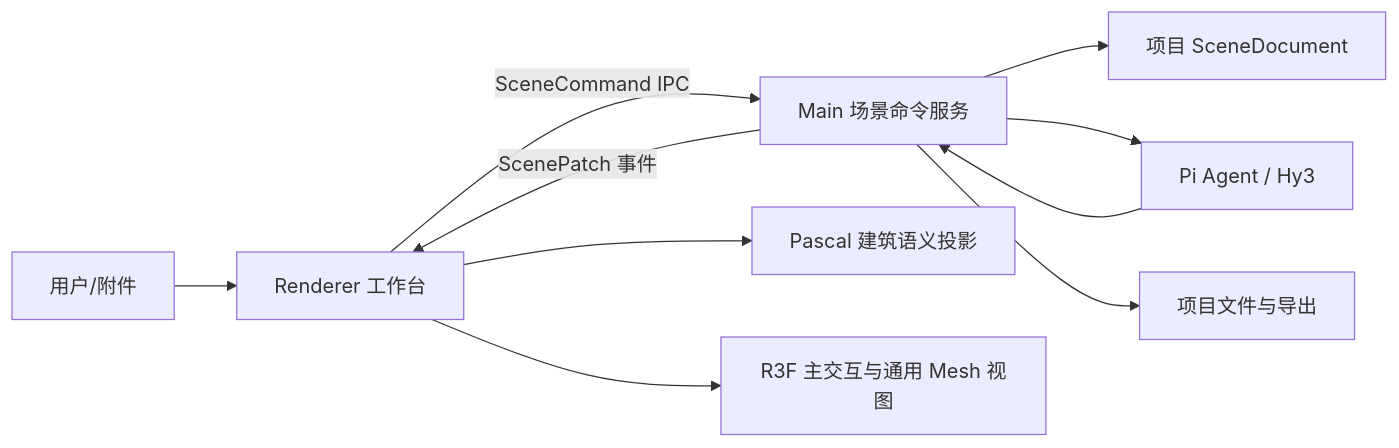
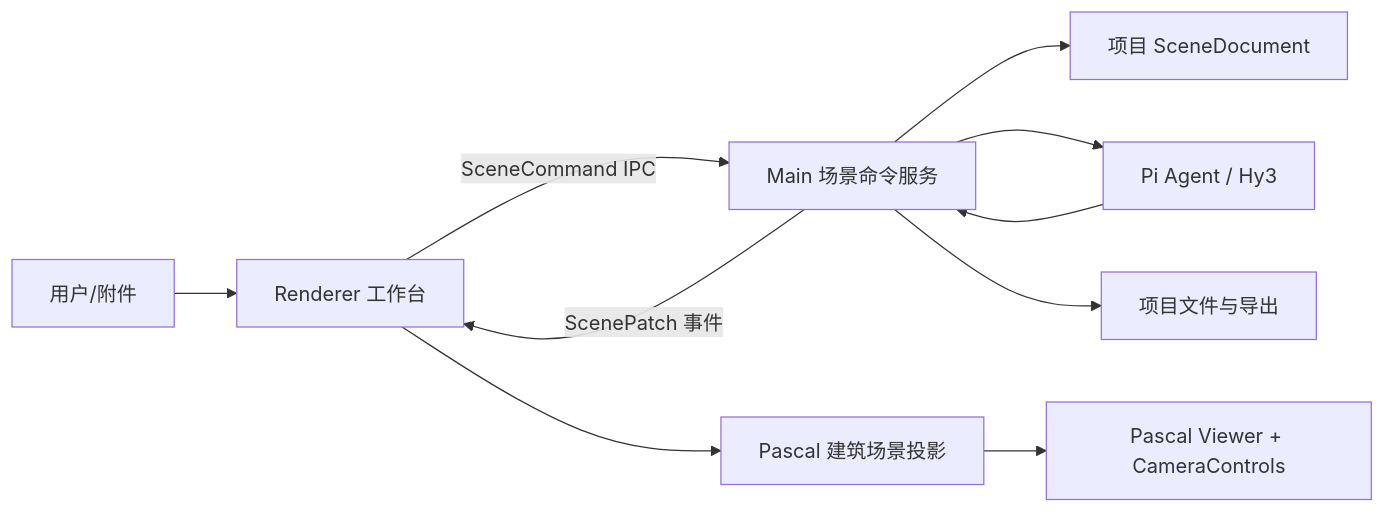
One commit to xy200303/ArchAgent changed the diagram in docs/design/ArchAgent-技术方案.md. Above: the diagram before and after it, drawn with Mermaid. The commit also changed other lines of this file and 7 other files, not shown here.

````diff
--- a/docs/design/ArchAgent-技术方案.md
+++ b/docs/design/ArchAgent-技术方案.md
@@ -26,12 +28,12 @@
 ```mermaid
 graph LR
     U[用户/附件] --> R[Renderer 工作台]
     R -->|SceneCommand IPC| M[Main 场景命令服务]
     M --> D[项目 SceneDocument]
     M --> A[Pi Agent / Hy3]
     A --> M
     M -->|ScenePatch 事件| R
-    R --> P[Pascal 建筑语义投影]
-    R --> V[R3F 主交互与通用 Mesh 视图]
+    R --> P[Pascal 建筑场景投影]
+    P --> V[Pascal Viewer + CameraControls]
     M --> F[项目文件与导出]
 ```
````
